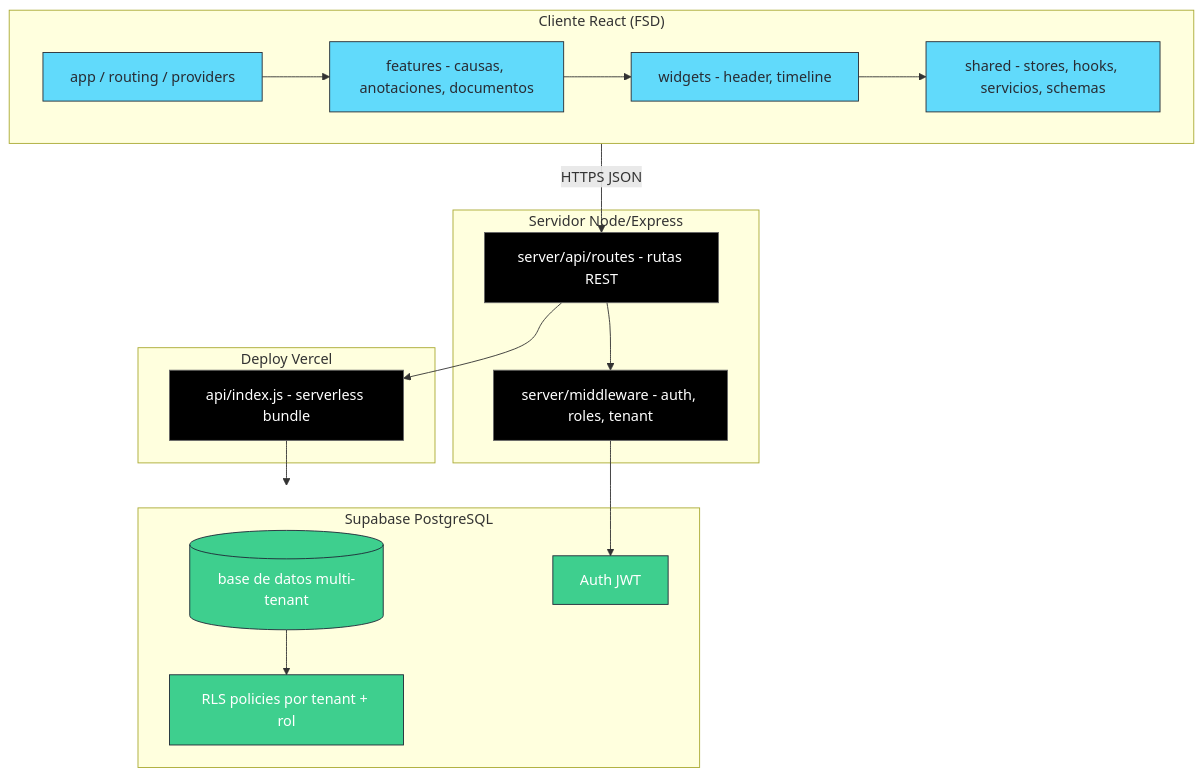
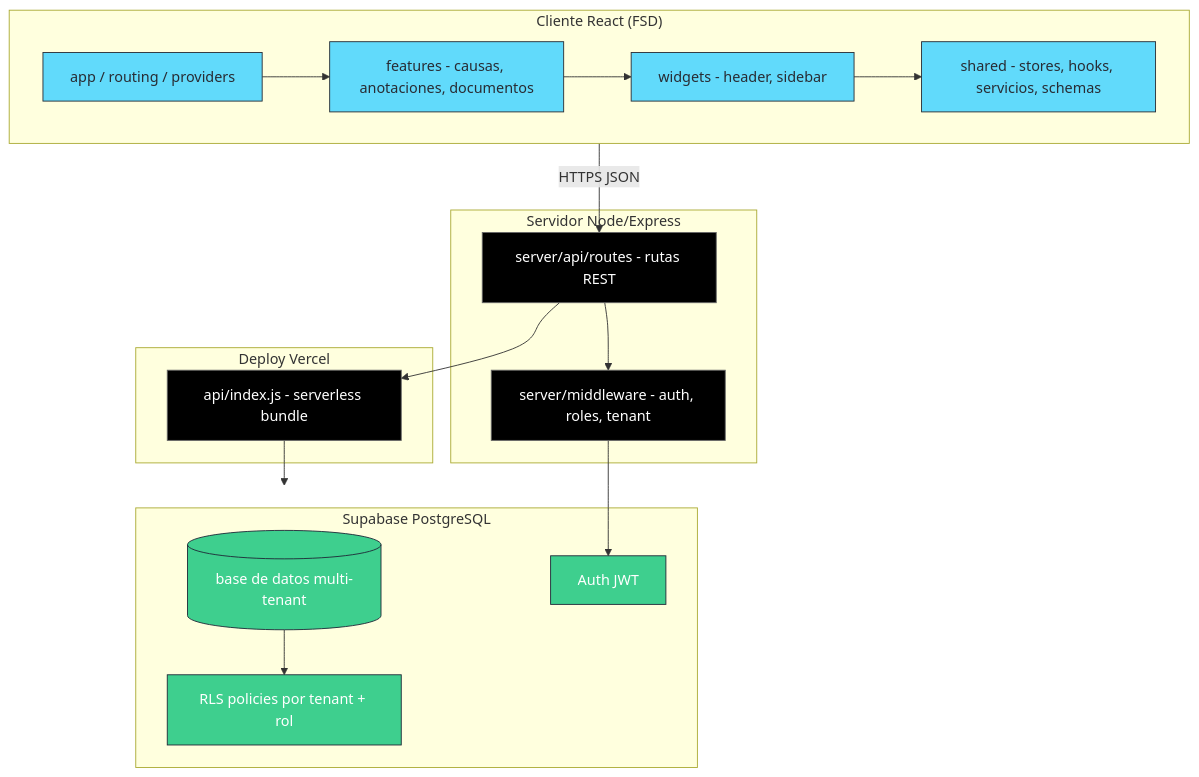
The diagram in README.md (Hluengo/sistema-integral-convivencia-escolar), drawn with Mermaid before and after one commit. The commit also changed other lines of this file and 18 other files, not shown here.

Commit message:
Migra sidebar a widgets

````diff
--- a/README.md
+++ b/README.md
@@ -109,41 +109,41 @@
 ```mermaid
 graph TB
     subgraph Cliente["Cliente React (FSD)"]
         A[app / routing / providers]
         F[features - causas, anotaciones, documentos]
-        W[widgets - header, timeline]
+        W[widgets - header, sidebar]
         S[shared - stores, hooks, servicios, schemas]
     end
 
     subgraph Servidor["Servidor Node/Express"]
         R[server/api/routes - rutas REST]
         M[server/middleware - auth, roles, tenant]
     end
 
     subgraph Vercel["Deploy Vercel"]
         API[api/index.js - serverless bundle]
     end
 
     subgraph Supabase["Supabase PostgreSQL"]
         DB[(base de datos multi-tenant)]
         AUTH[Auth JWT]
         RLS[RLS policies por tenant + rol]
     end
 
     A --> F
     F --> W
     W --> S
     Cliente -->|HTTPS JSON| R
     R --> M
     R --> API
     API --> Supabase
     M --> AUTH
     DB --> RLS
 
     classDef client fill:#61DAFB,stroke:#282c34,color:#282c34;
     classDef server fill:#000000,stroke:#666,color:#fff;
     classDef infra fill:#3ECF8E,stroke:#1f2937,color:#fff;
     class A,F,W,S client;
     class R,M,API server;
     class DB,AUTH,RLS infra;
 ```
````
